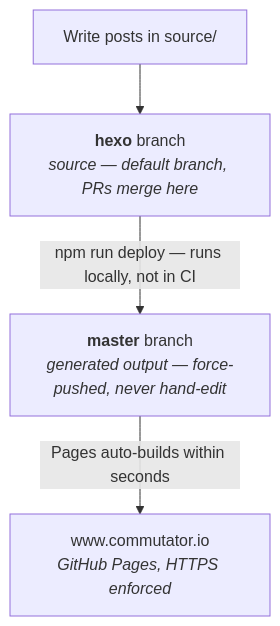
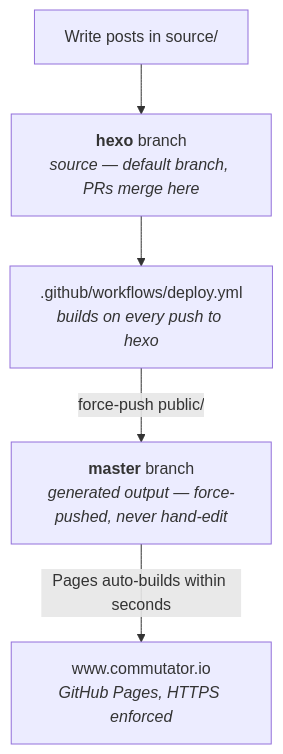
Before and after one commit to mycaule/mycaule.github.io: the diagram in README.md, drawn with Mermaid. The commit also changed other lines of this file and 1 other file, not shown here.

````diff
--- a/README.md
+++ b/README.md
@@ -29,11 +29,13 @@
 ```mermaid
 flowchart TD
     edit["Write posts in source/"]
     hexo["<b>hexo</b> branch<br/><i>source — default branch, PRs merge here</i>"]
+    ci[".github/workflows/deploy.yml<br/><i>builds on every push to hexo</i>"]
     master["<b>master</b> branch<br/><i>generated output — force-pushed, never hand-edit</i>"]
     live["www.commutator.io<br/><i>GitHub Pages, HTTPS enforced</i>"]
 
     edit --> hexo
-    hexo -->|"npm run deploy — runs locally, not in CI"| master
+    hexo --> ci
+    ci -->|"force-push public/"| master
     master -->|"Pages auto-builds within seconds"| live
 ```
````
